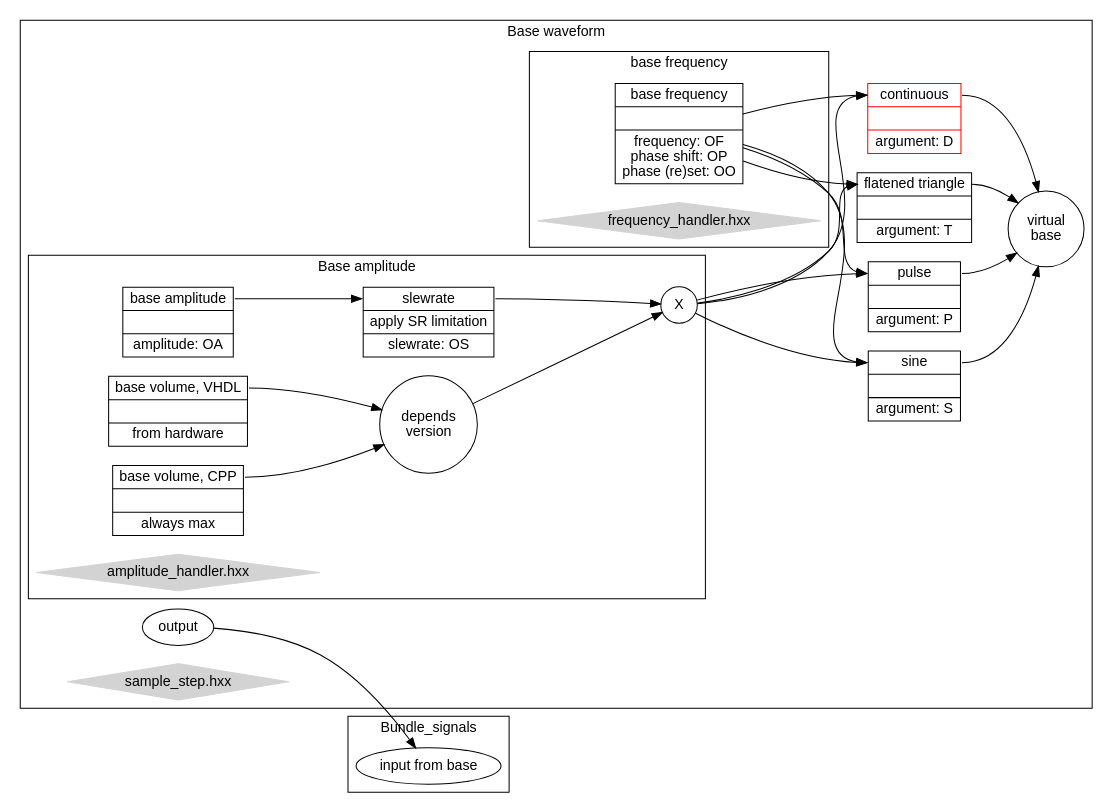
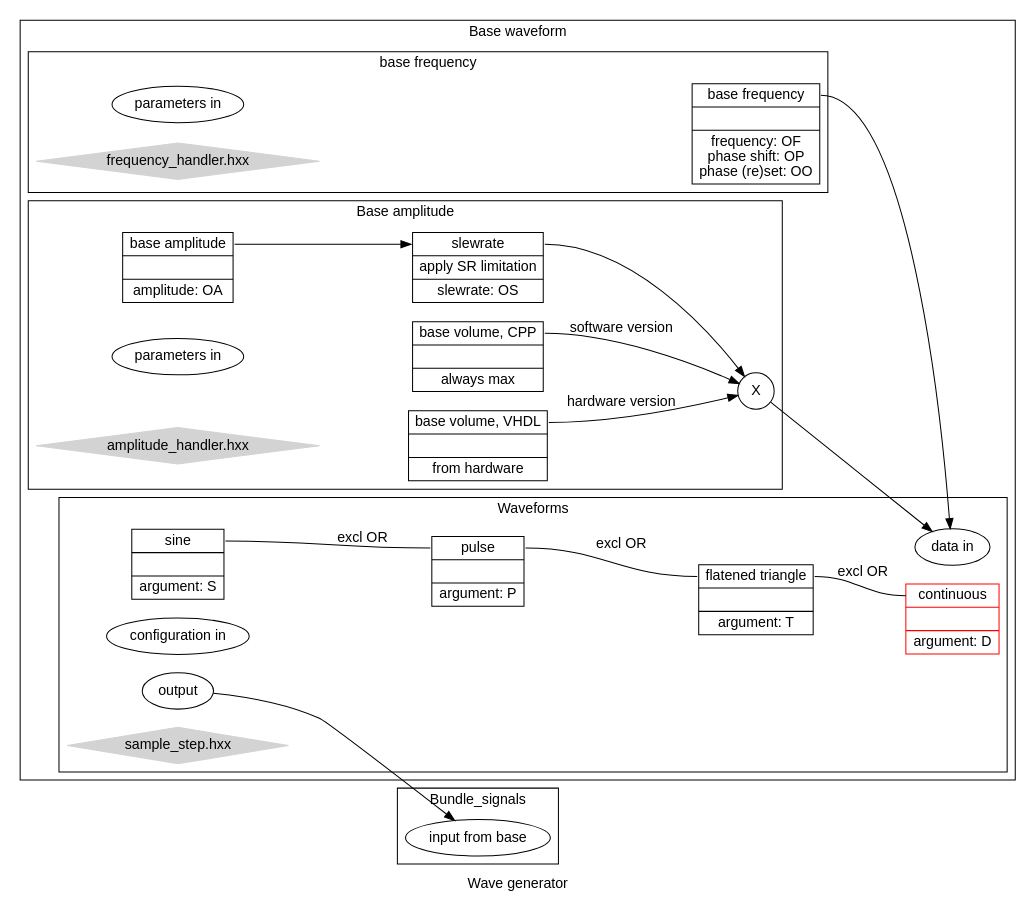
The diagram in Documentation/Wave_gene.gv (ElecGeek/MultiSignalGene), drawn with Graphviz before and after one commit. The commit also changed 3 other files, not shown here.

```diff
--- a/Documentation/Wave_gene.gv
+++ b/Documentation/Wave_gene.gv
@@ -1,69 +1,65 @@
-digraph g {
-		comment=""
-		comment="Sorry my lisp installation of graphviz is broken. I hope to fix it ASAP"
+digraph Wave_gene {
+		newrank=true;
 		comment=""
 		 fontname="Helvetica,Arial,sans-sherif"
 		 node [fontname="Helvetica,Arial,sans-sherif"]
 		 edge [fontname="Helvetica,Arial,sans-sherif"]
-		 graph [rankdir="LR"]
+		 rankdir="LR";
 
+		 label="Wave generator";
 		 subgraph cluster_sample_base {
 		 		 subgraph cluster_sample_frequency {
 		 		 		  node [shape=record]
 				 		  subgraph sample_base_frequency {
 				  				  node [label="<f0>base frequency||frequency: OF\nphase shift: OP\nphase (re)set: OO"] n_sample_base_frequency;
 					   }
+					   node [label="parameters in";shape=ellipse] "n_sample_frequency_parameters";
 				  	   node [label="frequency_handler.hxx";shape=diamond;style=filled;color=lightgrey] "n_sample_frequency_filename";
 					  label="base frequency";
 				  	}
 		 		 subgraph cluster_sample_amplitude {
 		 		 		  node [shape=record]
 				 		  subgraph sample_base_amplitude {
 				  				  node [label="<f0>base amplitude||amplitude: OA"] n_sample_amplitude_soft;
 				  				  node [label="<f0>slewrate|apply SR limitation|slewrate: OS"] n_sample_amplitude_slewrate;
 				  				  node [label="<f0>base volume, CPP||always max"] n_sample_volume_soft;
 				  				  node [label="<f0>base volume, VHDL||from hardware"] n_sample_volume_hard;
+								  node [label="parameters in";shape=ellipse] "n_sample_volume_params";
 						}
-				  node [label="depends\nversion";shape=circle] "n_sample_amplitude_version";
-				  node [label="X"] "n_sample_amplitude_product";
-				  "n_sample_volume_soft":f0 -> "n_sample_amplitude_version" [arrowtail=odiamond];
-				  "n_sample_volume_hard":f0 -> "n_sample_amplitude_version";
-				  "n_sample_amplitude_version" -> "n_sample_amplitude_product";
+				  node [label="X";shape=circle] "n_sample_amplitude_product";
+				  "n_sample_volume_soft":f0 -> "n_sample_amplitude_product" [label="software version"];
+				  "n_sample_volume_hard":f0 -> "n_sample_amplitude_product" [label="hardware version"];
 				  "n_sample_amplitude_soft":f0 -> "n_sample_amplitude_slewrate":f0;
 				  "n_sample_amplitude_slewrate":f0 -> "n_sample_amplitude_product"
 			       label = "Base amplitude";
 			  	   node [label="amplitude_handler.hxx";shape=diamond;style=filled;color=lightgrey] "n_sample_amplitude_filename";
 		 		  }
 		 		  node [shape=record]
-				  subgraph sample_base_shapes {
-				  				  node [label="<f0>sine||argument: S"] n_sample_base_sine;
-				  				  node [label="<f0>pulse||argument: P"] n_sample_base_pulse;
-				  				  node [label="<f0>flatened triangle||argument: T"] n_sample_base_triangle;
-				  				  node [label="<f0>continuous||argument: D";color=red] n_sample_base_dc;
+				  subgraph cluster_sample_base_shapes {
+				  		  subgraph n_sample_base {
+				  		   		node [shape=record]
+				  		   		node [label="<f0>sine||argument: S"] n_sample_base_sine;
+				  		   		node [label="<f0>pulse||argument: P"] n_sample_base_pulse;
+				  		   		node [label="<f0>flatened triangle||argument: T"] n_sample_base_triangle;
+				  		   		node [label="<f0>continuous||argument: D";color=red] n_sample_base_dc;
+								"n_sample_base_sine":f0 -> "n_sample_base_pulse":f0 -> "n_sample_base_triangle":f0 -> "n_sample_base_dc":f0 [label="excl OR";dir=none];							
+						   }
+						   label="Waveforms";
+						   node [label="data in";shape=ellipse] "n_sample_base_params";
+						   node [label="configuration in";shape=ellipse] "n_sample_base_config";
+						   node [label="output";shape=ellipse] "n_sample_base_out";
+						   node [label="sample_step.hxx";shape=diamond;style=filled;color=lightgrey] "n_sample_base_filename";
 				  }
-				  "n_sample_base_frequency" -> "n_sample_base_sine":f0;
-				  "n_sample_base_frequency" -> "n_sample_base_pulse":f0;
-				  "n_sample_base_frequency" -> "n_sample_base_triangle":f0;
-				  "n_sample_base_frequency" -> "n_sample_base_dc":f0;
-				  "n_sample_amplitude_product" -> "n_sample_base_sine":f0;
-				  "n_sample_amplitude_product" -> "n_sample_base_pulse":f0;
-				  "n_sample_amplitude_product" -> "n_sample_base_triangle":f0;
-				  "n_sample_amplitude_product" -> "n_sample_base_dc":f0;
-				  node [label="virtual\nbase";shape=circle] n_sample_base_virtual_base;
-				  "n_sample_base_sine":f0 -> "n_sample_base_virtual_base" [arrowtail=odiamond];
-				  "n_sample_base_pulse":f0 -> "n_sample_base_virtual_base";
-				  "n_sample_base_triangle":f0 -> "n_sample_base_virtual_base";
-				  "n_sample_base_dc":f0 -> "n_sample_base_virtual_base";
+				  "n_sample_base_frequency":f0 -> "n_sample_base_params";
+				  "n_sample_amplitude_product" -> "n_sample_base_params";
 				  
 				  label = "Base waveform";
-				  node [label="output";shape=ellipse] "n_sample_base_out";
-				  node [label="sample_step.hxx";shape=diamond;style=filled;color=lightgrey] "n_sample_base_filename";
 
 		 }
 
 		 subgraph cluster_sample_bundle {
   		 		  node [label="input from base";shape=ellipse] "n_bundle_signals_in";
  				  label = "Bundle_signals";
 		 }
 		 "n_sample_base_out" -> "n_bundle_signals_in";
 }
```
